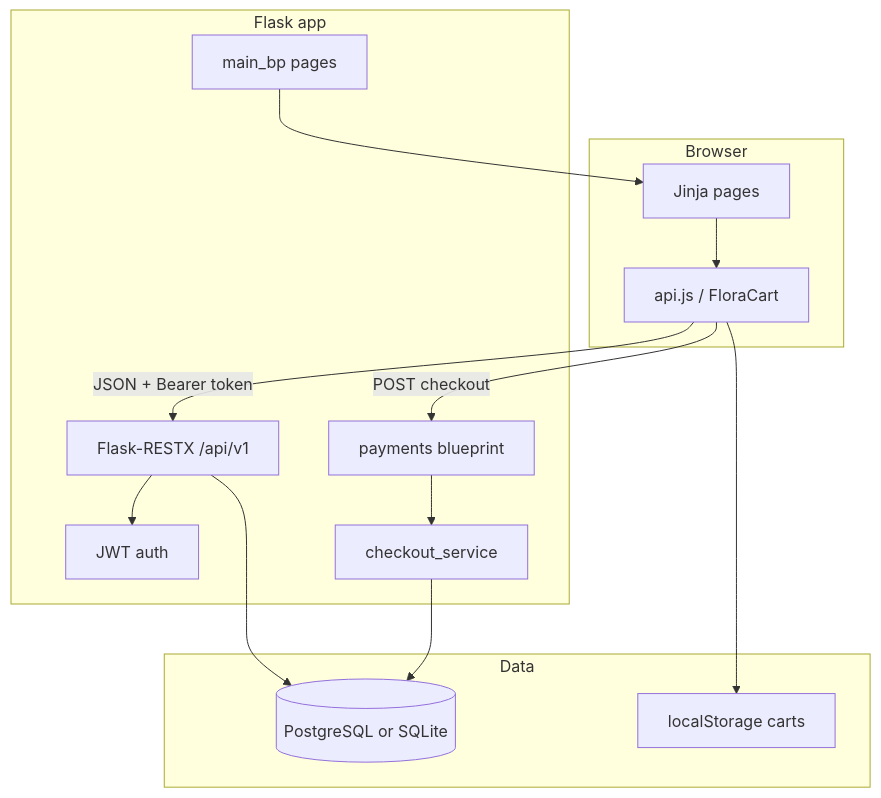
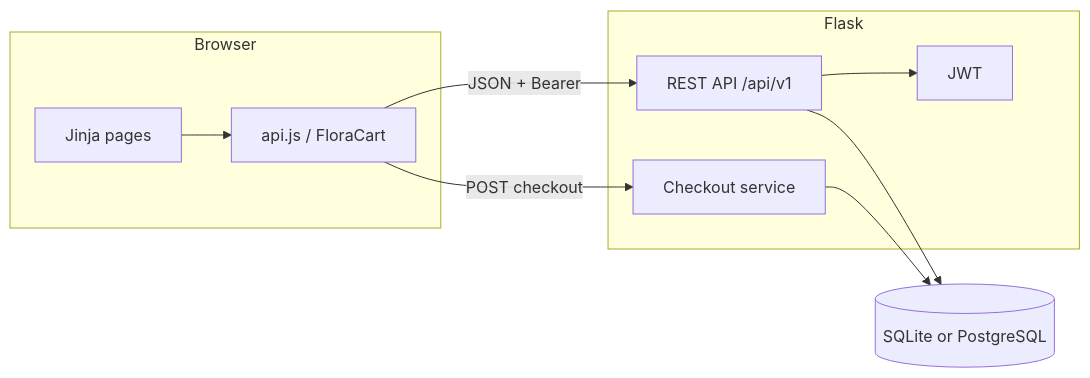
The first of 3 diagrams in README.md (Issercio/Demo-day), drawn with Mermaid before and after one commit. The commit also changed other lines of this file, not shown here.

````diff
--- a/README.md
+++ b/README.md
@@ -64,30 +150,19 @@
 ```mermaid
-flowchart TB
-  subgraph client [Browser]
+flowchart LR
+  subgraph Browser
     Pages[Jinja pages]
     JS[api.js / FloraCart]
-    Pages --> JS
   end
-
-  subgraph flask [Flask app]
-    Routes[main_bp pages]
-    Restx[Flask-RESTX /api/v1]
-    Pay[payments blueprint]
-    Auth[JWT auth]
-    Checkout[checkout_service]
-    Routes --> Pages
-    Restx --> Auth
-    Pay --> Checkout
+  subgraph Flask
+    Restx["REST API /api/v1"]
+    Pay[Checkout service]
+    Auth[JWT]
   end
-
-  subgraph data [Data]
-    DB[(PostgreSQL or SQLite)]
-    LS[localStorage carts]
-  end
-
-  JS -->|JSON + Bearer token| Restx
+  DB[(SQLite or PostgreSQL)]
+  Pages --> JS
+  JS -->|JSON + Bearer| Restx
   JS -->|POST checkout| Pay
-  Checkout --> DB
+  Restx --> Auth
   Restx --> DB
-  JS --> LS
+  Pay --> DB
 ```
````
